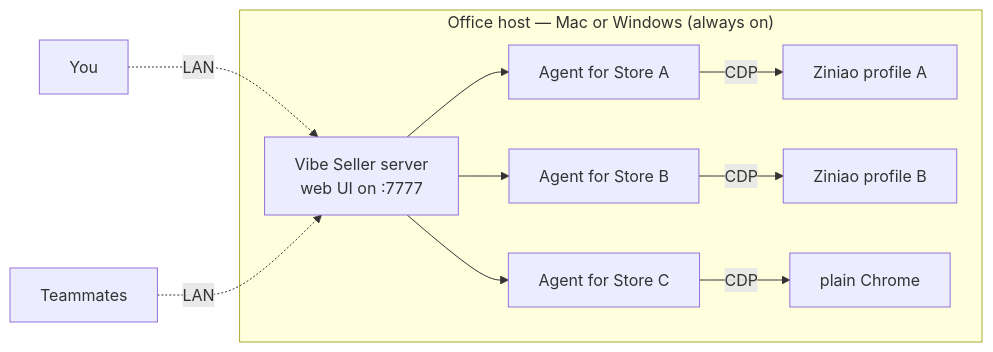
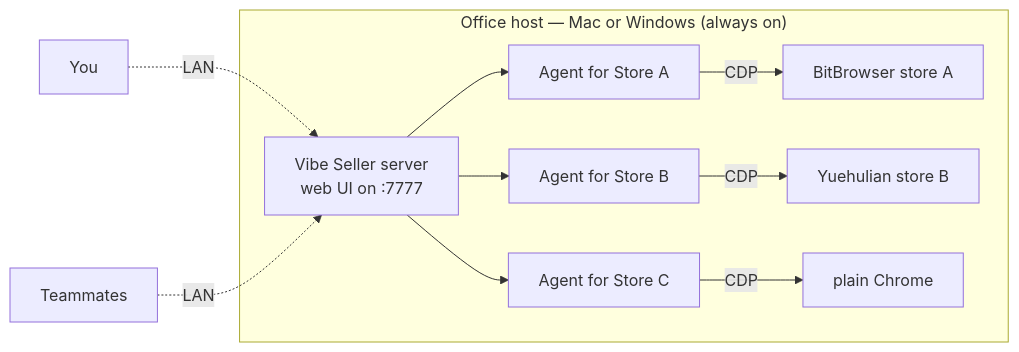
Before and after one commit to zpoint/vibe-seller: the diagram in README_en.md, drawn with Mermaid. The commit also changed other lines of this file and 3 other files, not shown here.

First line of the commit message:
docs: the README shows several store browsers, not just Ziniao

````diff
--- a/README_en.md
+++ b/README_en.md
@@ -49,14 +50,14 @@
 ```mermaid
 flowchart LR
     U1[You] -.LAN.-> S
     U2[Teammates] -.LAN.-> S
     subgraph OfficeHost["Office host — Mac or Windows (always on)"]
         S[Vibe Seller server<br/>web UI on :7777]
         S --> A1[Agent for Store A]
         S --> A2[Agent for Store B]
         S --> A3[Agent for Store C]
-        A1 -->|CDP| Z1[Ziniao profile A]
-        A2 -->|CDP| Z2[Ziniao profile B]
+        A1 -->|CDP| Z1[BitBrowser store A]
+        A2 -->|CDP| Z2[Yuehulian store B]
         A3 -->|CDP| Z3[plain Chrome]
     end
 ```
````
